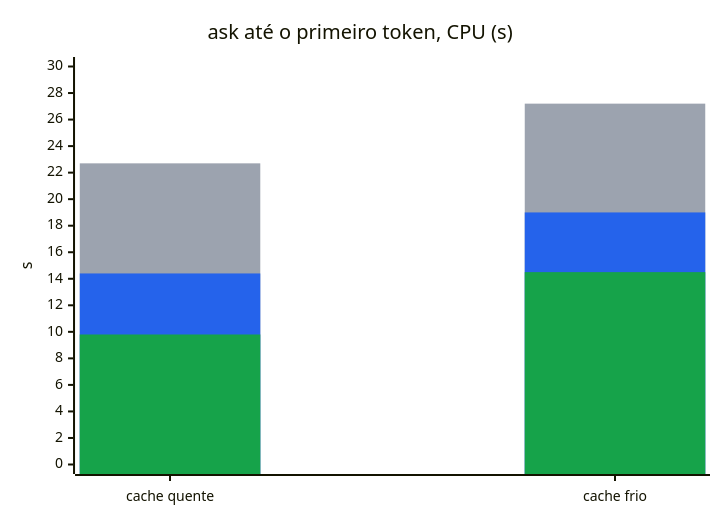
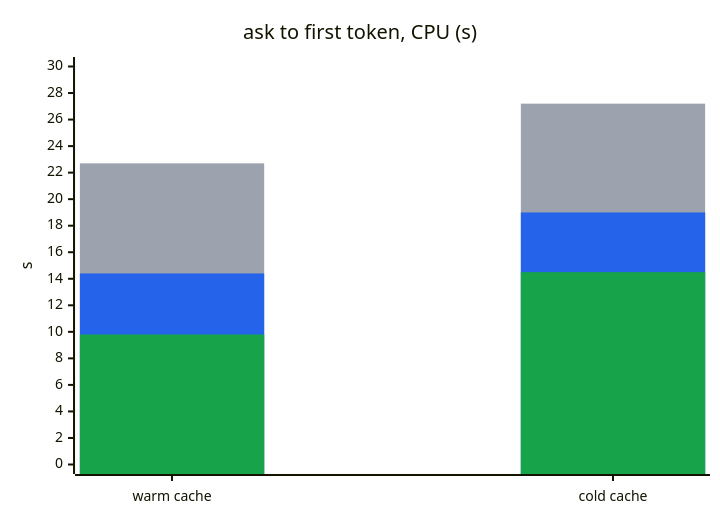
The second of 8 diagrams in docs/BENCHMARKS.md (Chipskein/cade), drawn with Mermaid before and after one commit. The commit also changed other lines of this file and 6 other files, not shown here.

````diff
--- a/docs/BENCHMARKS.md
+++ b/docs/BENCHMARKS.md
@@ -171,15 +171,15 @@
 ```mermaid
 ---
 config:
   themeVariables:
     xyChart:
       plotColorPalette: "#9ca3af, #2563eb, #16a34a"
 ---
 xychart-beta
-  title "ask até o primeiro token, CPU (s)"
-  x-axis ["cache quente", "cache frio"]
+  title "ask to first token, CPU (s)"
+  x-axis ["warm cache", "cold cache"]
   y-axis "s" 0 --> 30
   bar [22.7, 27.2]
   bar [14.4, 19.0]
   bar [9.8, 14.5]
 ```
````
